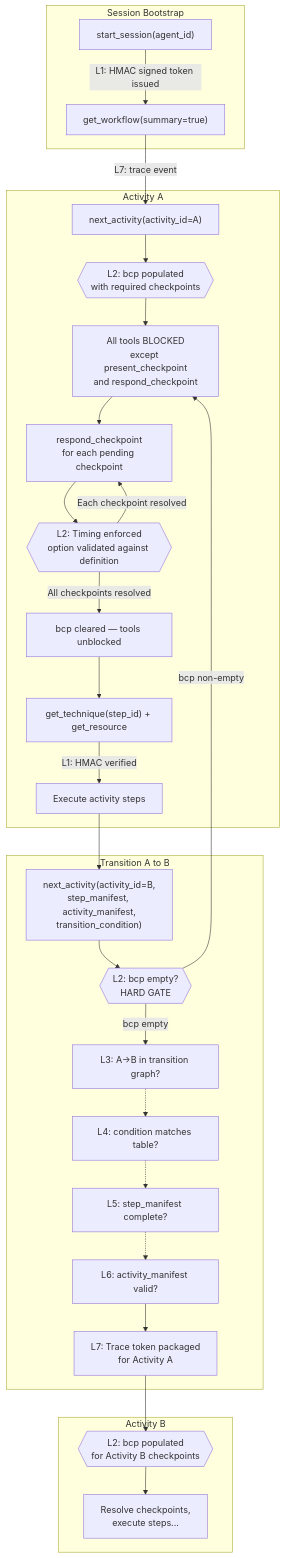
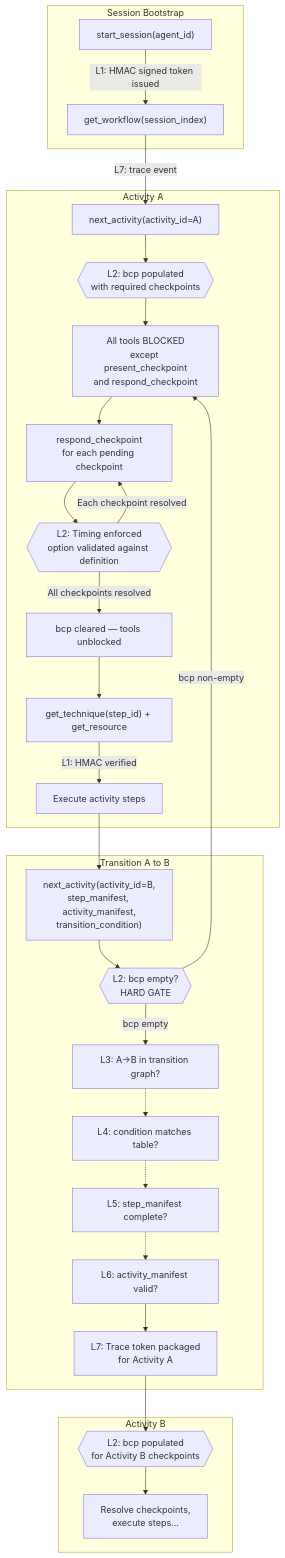
One commit to m2ux/workflow-server changed the diagram in docs/workflow-fidelity.md. Above: the diagram before and after it, drawn with Mermaid. The commit also changed other lines of this file and 21 other files, not shown here.

````diff
--- a/docs/workflow-fidelity.md
+++ b/docs/workflow-fidelity.md
@@ -45,55 +45,55 @@
 ```mermaid
 flowchart TD
     subgraph bootstrap [Session Bootstrap]
         startSession["start_session(agent_id)"]
-        getWorkflow["get_workflow(summary=true)"]
+        getWorkflow["get_workflow(session_index)"]
         startSession -->|"L1: HMAC signed token issued"| getWorkflow
     end
 
     subgraph actA [Activity A]
         nextA["next_activity(activity_id=A)"]
         cpGateA{{"L2: bcp populated\nwith required checkpoints"}}
         toolsBlocked["All tools BLOCKED\nexcept present_checkpoint\nand respond_checkpoint"]
         respondCp["respond_checkpoint\nfor each pending checkpoint"]
         cpTiming{{"L2: Timing enforced\noption validated against definition"}}
         bcpClear["bcp cleared — tools unblocked"]
         getTechnique["get_technique(step_id) + get_resource"]
         executeSteps["Execute activity steps"]
     end
 
     subgraph transition [Transition A to B]
         nextB["next_activity(activity_id=B,\nstep_manifest, activity_manifest,\ntransition_condition)"]
         hardGate{{"L2: bcp empty?\nHARD GATE"}}
         transCheck["L3: A→B in transition graph?"]
         condCheck["L4: condition matches table?"]
         stepCheck["L5: step_manifest complete?"]
         actCheck["L6: activity_manifest valid?"]
         tracePackage["L7: Trace token packaged\nfor Activity A"]
     end
 
     subgraph actB [Activity B]
         cpGateB{{"L2: bcp populated\nfor Activity B checkpoints"}}
         continueB["Resolve checkpoints,\nexecute steps..."]
     end
 
     getWorkflow -->|"L7: trace event"| nextA
     nextA --> cpGateA
     cpGateA --> toolsBlocked
     toolsBlocked --> respondCp
     respondCp --> cpTiming
     cpTiming -->|"Each checkpoint resolved"| respondCp
     cpTiming -->|"All checkpoints resolved"| bcpClear
     bcpClear --> getTechnique
     getTechnique -->|"L1: HMAC verified"| executeSteps
 
     executeSteps --> nextB
     nextB --> hardGate
     hardGate -->|"bcp non-empty"| toolsBlocked
     hardGate -->|"bcp empty"| transCheck
     transCheck -.-> condCheck
     condCheck -.-> stepCheck
     stepCheck -.-> actCheck
     actCheck --> tracePackage
     tracePackage --> cpGateB
     cpGateB --> continueB
 ```
````
